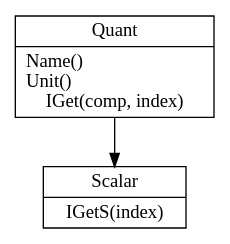
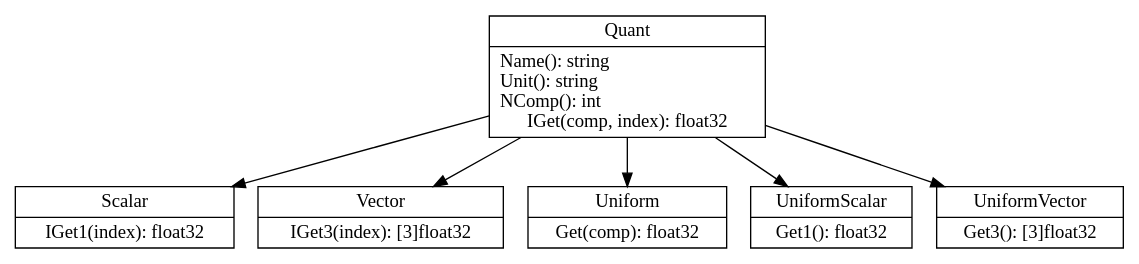
Before and after one commit to mumax/3: the diagram in whiteboard.dot, drawn with Graphviz. The commit also changed 9 other files, not shown here.

```diff
--- a/whiteboard.dot
+++ b/whiteboard.dot
@@ -1,10 +1,25 @@
 digraph whiteboard{
 
 node [ shape = "record" ]
 
-Quant [label="{Quant | Name() \l Unit() \l IGet(comp, index)}"]
+Quant [label="{Quant | Name(): string \l Unit(): string \l NComp(): int \l IGet(comp, index): float32}"]
 
-Scalar [label="{Scalar | IGetS(index)}"]
+Scalar [label="{Scalar | IGet1(index): float32}"]
 Quant->Scalar
 
+
+Vector [label="{Vector | IGet3(index): [3]float32}"]
+Quant->Vector
+
+
+Uniform [label="{Uniform | Get(comp): float32}"]
+Quant->Uniform
+
+UniformScalar [label="{UniformScalar | Get1(): float32}"]
+Quant->UniformScalar
+
+UniformVector [label="{UniformVector | Get3(): [3]float32}"]
+Quant->UniformVector
+
+
 }
```
